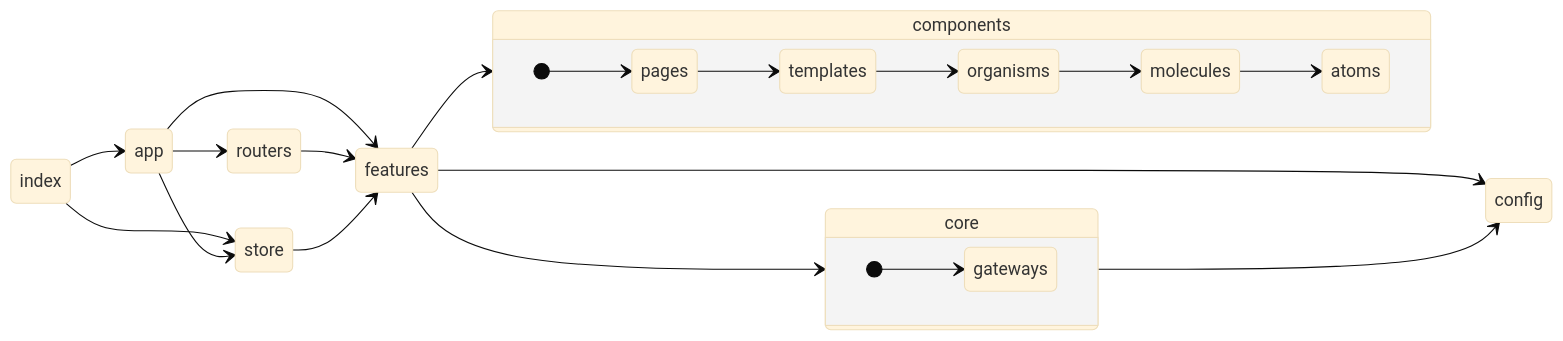
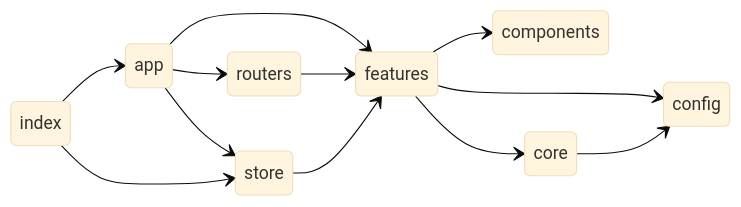
Before and after one commit to yamagame/react-typescript-starter-app: the diagram in README.md, drawn with Mermaid (base theme).

Commit message:
依存関係図見直し

````diff
--- a/README.md
+++ b/README.md
@@ -9,28 +9,28 @@
 ```mermaid
 stateDiagram
   direction LR
   index --> app
+  app --> store
   index --> store
   app --> routers
-  app --> store
   app --> features
   routers --> features
   store --> features
-  state components {
-    direction LR
-    [*] --> pages
-    pages --> templates
-    templates --> organisms
-    organisms --> molecules
-    molecules --> atoms
-  }
+  %% state components {
+  %%   direction LR
+  %%   [*] --> pages
+  %%   pages --> templates
+  %%   templates --> organisms
+  %%   organisms --> molecules
+  %%   molecules --> atoms
+  %% }
   features --> components
   features --> core
-  state core {
-    direction LR
-    [*] --> gateways
-    gateways
-  }
+  %% state core {
+  %%   direction LR
+  %%   [*] --> gateways
+  %%   gateways
+  %% }
   features --> config
   core --> config
 ```
````
